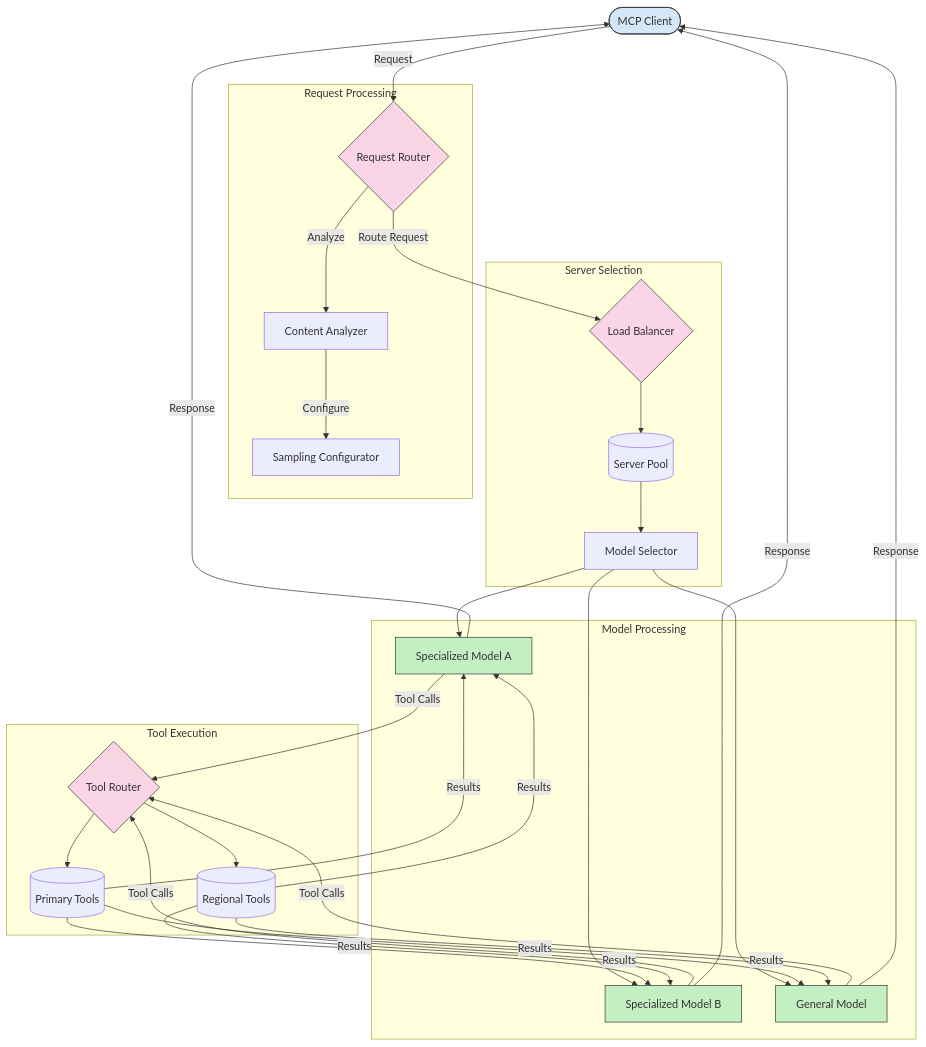
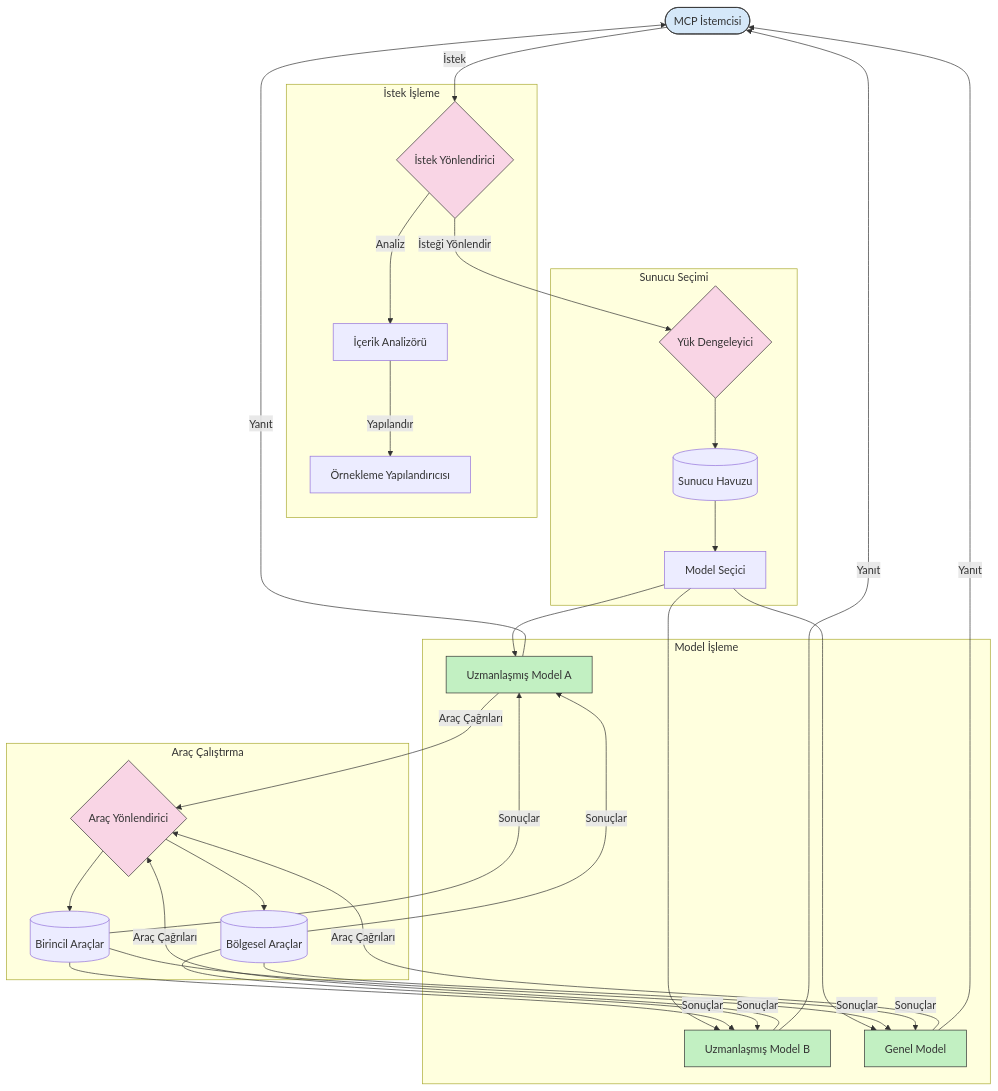
Before and after one commit to HIDORAKAI002/ai-workspace-archive: the diagram in mcp_ecosystem__model_context_protocol/mcp_learning_resources/mcp-for-beginners/translations/tr/05-AdvancedTopics/mcp-routing/README.md, drawn with Mermaid. The commit also changed other lines of this file and 1046 other files, not shown here.

````diff
--- a/mcp_ecosystem__model_context_protocol/mcp_learning_resources/mcp-for-beginners/translations/tr/05-AdvancedTopics/mcp-routing/README.md
+++ b/mcp_ecosystem__model_context_protocol/mcp_learning_resources/mcp-for-beginners/translations/tr/05-AdvancedTopics/mcp-routing/README.md
@@ -15,64 +399,64 @@
 ```mermaid
 flowchart TB
-    Client([MCP Client])
+    Client([MCP İstemcisi])
     
-    subgraph "Request Processing"
-        Router{Request Router}
-        Analyzer[Content Analyzer]
-        Sampler[Sampling Configurator]
+    subgraph "İstek İşleme"
+        Router{İstek Yönlendirici}
+        Analyzer[İçerik Analizörü]
+        Sampler[Örnekleme Yapılandırıcısı]
     end
     
-    subgraph "Server Selection"
-        LoadBalancer{Load Balancer}
-        ModelSelector[Model Selector]
-        ServerPool[(Server Pool)]
+    subgraph "Sunucu Seçimi"
+        LoadBalancer{Yük Dengeleyici}
+        ModelSelector[Model Seçici]
+        ServerPool[(Sunucu Havuzu)]
     end
     
-    subgraph "Model Processing"
-        ModelA[Specialized Model A]
-        ModelB[Specialized Model B]
-        ModelC[General Model]
+    subgraph "Model İşleme"
+        ModelA[Uzmanlaşmış Model A]
+        ModelB[Uzmanlaşmış Model B]
+        ModelC[Genel Model]
     end
     
-    subgraph "Tool Execution"
-        ToolRouter{Tool Router}
-        ToolRegistryA[(Primary Tools)]
-        ToolRegistryB[(Regional Tools)]
+    subgraph "Araç Çalıştırma"
+        ToolRouter{Araç Yönlendirici}
+        ToolRegistryA[(Birincil Araçlar)]
+        ToolRegistryB[(Bölgesel Araçlar)]
     end
     
-    Client -->|Request| Router
-    Router -->|Analyze| Analyzer
-    Analyzer -->|Configure| Sampler
-    Router -->|Route Request| LoadBalancer
+    Client -->|İstek| Router
+    Router -->|Analiz| Analyzer
+    Analyzer -->|Yapılandır| Sampler
+    Router -->|İsteği Yönlendir| LoadBalancer
     LoadBalancer --> ServerPool
     ServerPool --> ModelSelector
     ModelSelector --> ModelA
     ModelSelector --> ModelB
     ModelSelector --> ModelC
     
-    ModelA -->|Tool Calls| ToolRouter
-    ModelB -->|Tool Calls| ToolRouter
-    ModelC -->|Tool Calls| ToolRouter
+    ModelA -->|Araç Çağrıları| ToolRouter
+    ModelB -->|Araç Çağrıları| ToolRouter
+    ModelC -->|Araç Çağrıları| ToolRouter
     
     ToolRouter --> ToolRegistryA
     ToolRouter --> ToolRegistryB
     
-    ToolRegistryA -->|Results| ModelA
-    ToolRegistryA -->|Results| ModelB
-    ToolRegistryA -->|Results| ModelC
-    ToolRegistryB -->|Results| ModelA
-    ToolRegistryB -->|Results| ModelB
-    ToolRegistryB -->|Results| ModelC
+    ToolRegistryA -->|Sonuçlar| ModelA
+    ToolRegistryA -->|Sonuçlar| ModelB
+    ToolRegistryA -->|Sonuçlar| ModelC
+    ToolRegistryB -->|Sonuçlar| ModelA
+    ToolRegistryB -->|Sonuçlar| ModelB
+    ToolRegistryB -->|Sonuçlar| ModelC
     
-    ModelA -->|Response| Client
-    ModelB -->|Response| Client
-    ModelC -->|Response| Client
+    ModelA -->|Yanıt| Client
+    ModelB -->|Yanıt| Client
+    ModelC -->|Yanıt| Client
     
     style Client fill:#d5e8f9,stroke:#333
     style Router fill:#f9d5e5,stroke:#333
     style LoadBalancer fill:#f9d5e5,stroke:#333
     style ToolRouter fill:#f9d5e5,stroke:#333
     style ModelA fill:#c2f0c2,stroke:#333
     style ModelB fill:#c2f0c2,stroke:#333
     style ModelC fill:#c2f0c2,stroke:#333
 ```
````
